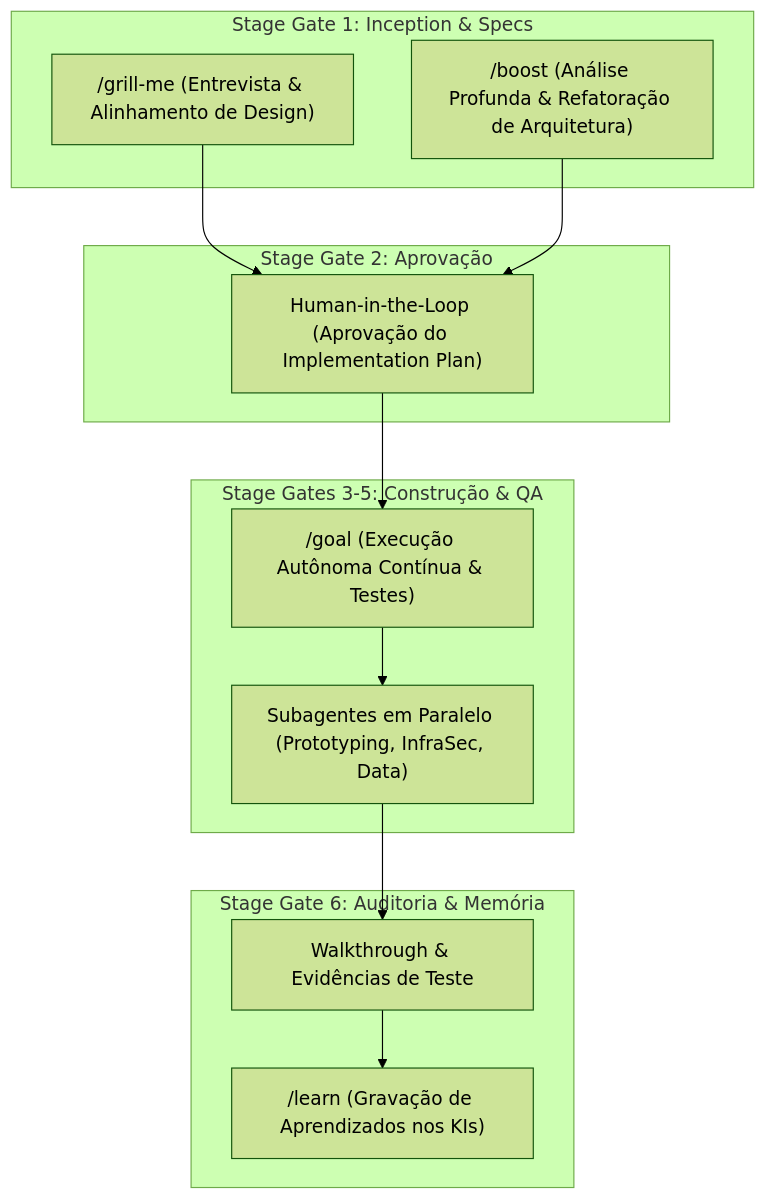
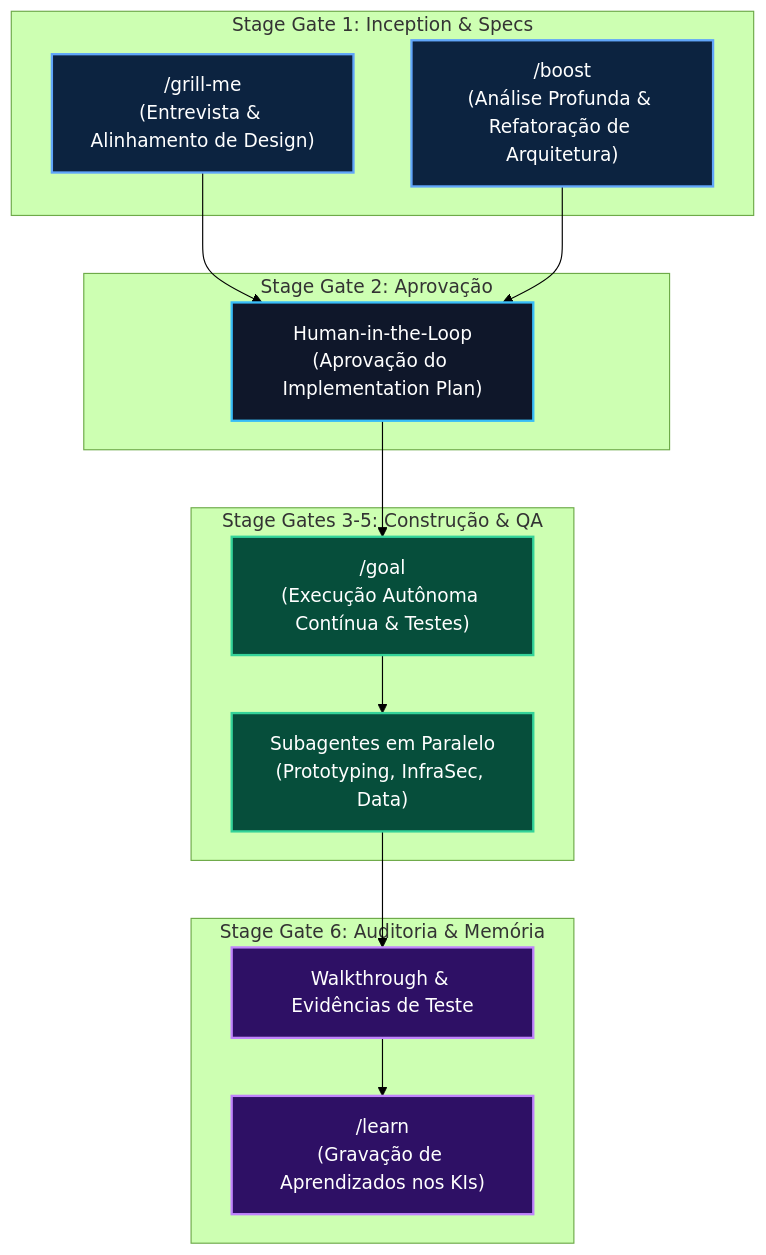
Before and after one commit to EnterDufter/PromptCoreLabs_AEOS: the third of 3 diagrams in projects/Living Architecture PCL AEOS/docs/agents-squads/README.md, drawn with Mermaid (forest theme). The commit also changed other lines of this file and 8 other files, not shown here.

Commit message:
style(mermaid): calibrate diagram dimensions, anti-clipping CSS and add cortex mermaid governance

````diff
--- a/projects/Living Architecture PCL AEOS/docs/agents-squads/README.md
+++ b/projects/Living Architecture PCL AEOS/docs/agents-squads/README.md
@@ -115,28 +123,33 @@
 ```mermaid
 flowchart TD
+    classDef inception fill:#0c2340,stroke:#60a5fa,stroke-width:2px,color:#ffffff
+    classDef gov fill:#0f172a,stroke:#38bdf8,stroke-width:2px,color:#ffffff
+    classDef exec fill:#064e3b,stroke:#34d399,stroke-width:2px,color:#ffffff
+    classDef audit fill:#2e1065,stroke:#c084fc,stroke-width:2px,color:#ffffff
+
     subgraph Inception_StageGate1["Stage Gate 1: Inception & Specs"]
-        GrillMe["/grill-me (Entrevista & Alinhamento de Design)"]
-        Boost["/boost (Análise Profunda & Refatoração de Arquitetura)"]
+        GrillMe["/grill-me<br/>(Entrevista & Alinhamento de Design)"]:::inception
+        Boost["/boost<br/>(Análise Profunda & Refatoração de Arquitetura)"]:::inception
     end
 
     subgraph Governance_StageGate2["Stage Gate 2: Aprovação"]
-        HitL["Human-in-the-Loop (Aprovação do Implementation Plan)"]
+        HitL["Human-in-the-Loop<br/>(Aprovação do Implementation Plan)"]:::gov
     end
 
     subgraph Execution_StageGates3_5["Stage Gates 3-5: Construção & QA"]
-        Goal["/goal (Execução Autônoma Contínua & Testes)"]
-        Subagents["Subagentes em Paralelo (Prototyping, InfraSec, Data)"]
+        Goal["/goal<br/>(Execução Autônoma Contínua & Testes)"]:::exec
+        Subagents["Subagentes em Paralelo<br/>(Prototyping, InfraSec, Data)"]:::exec
     end
 
     subgraph Audit_StageGate6["Stage Gate 6: Auditoria & Memória"]
-        Walkthrough["Walkthrough & Evidências de Teste"]
-        Learn["/learn (Gravação de Aprendizados nos KIs)"]
+        Walkthrough["Walkthrough & Evidências de Teste"]:::audit
+        Learn["/learn<br/>(Gravação de Aprendizados nos KIs)"]:::audit
     end
 
     GrillMe --> HitL
     Boost --> HitL
     HitL --> Goal
     Goal --> Subagents
     Subagents --> Walkthrough
     Walkthrough --> Learn
 ```
````
